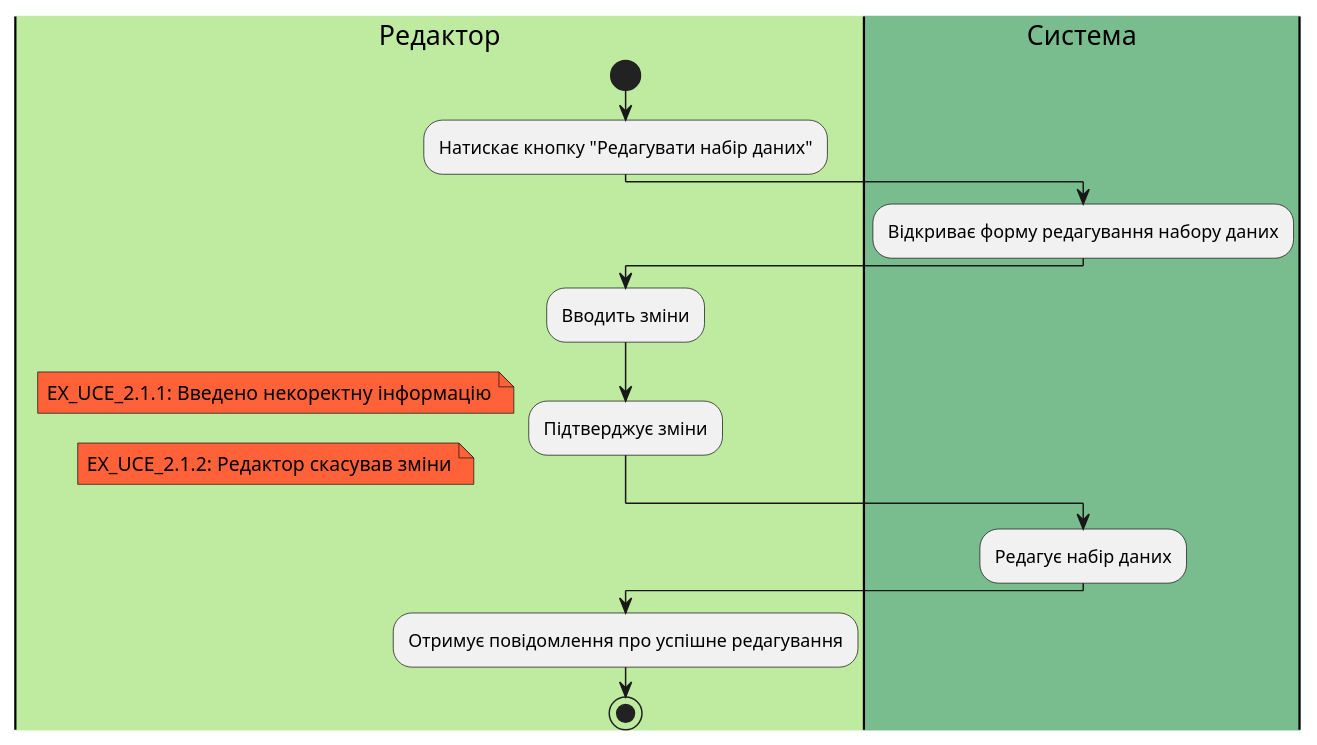
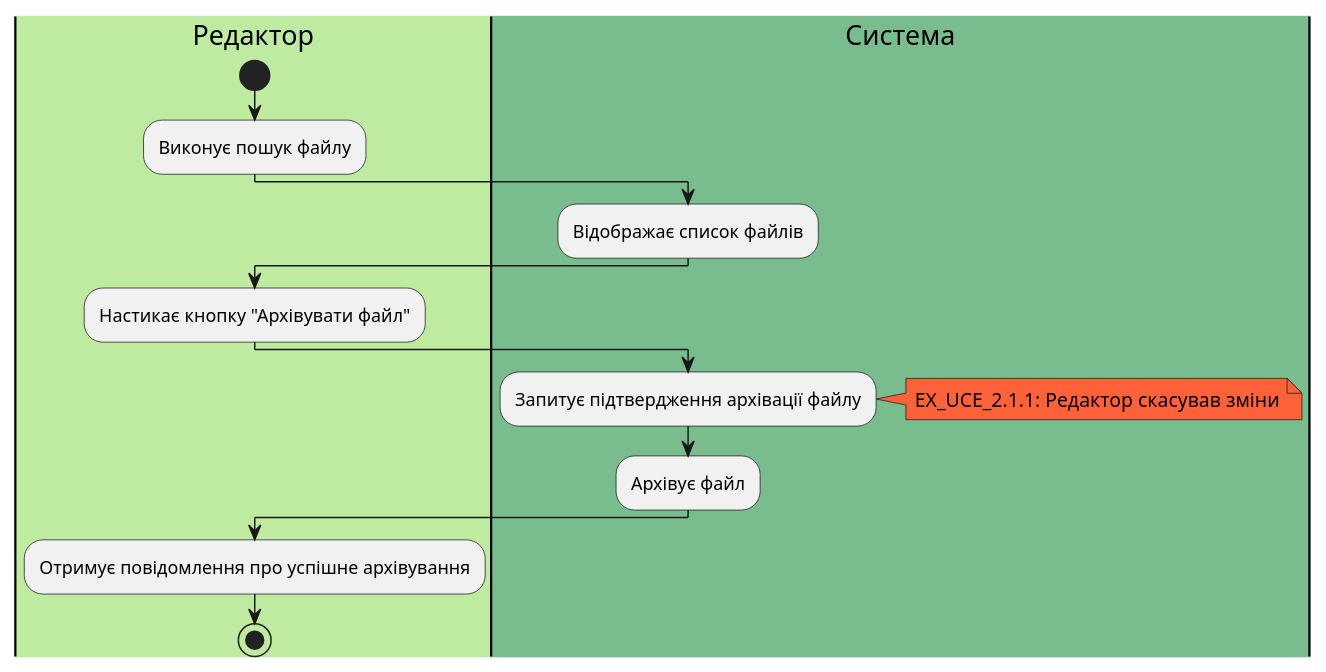
One commit to Beaxhem/edu-db-cw changed diagram 11 of 17 in docs/use cases/README.md. Above: the diagram before and after it, drawn with PlantUML. The commit also changed other lines of this file and 1 other file, not shown here.

```diff
--- a/docs/use cases/README.md
+++ b/docs/use cases/README.md
@@ -444,26 +444,25 @@
 @startuml
 
     <style>
         note {
             BackgroundColor #FF6138
         }
     </style>
     
     
     |#BEEB9F|Редактор|
     start
-    :Натискає кнопку "Редагувати набір даних";
+    :Виконує пошук файлу;
     |#79BD8F|Система|
-    :Відкриває форму редагування набору даних;
+    :Відображає список файлів;
     |Редактор|
-    :Вводить зміни;
-    :Підтверджує зміни;
-    note left: EX_UCE_2.1.1: Введено некоректну інформацію
-    note left: EX_UCE_2.1.2: Редактор скасував зміни
+    :Настикає кнопку "Архівувати файл";
     |Система|
-    :Редагує набір даних;
+    :Запитує підтвердження архівації файлу;
+    note right: EX_UCE_2.1.1: Редактор скасував зміни
+    :Архівує файл;
     |Редактор|
-    :Отримує повідомлення про успішне редагування;
+    :Отримує повідомлення про успішне архівування;
     stop
 
 @enduml
```
